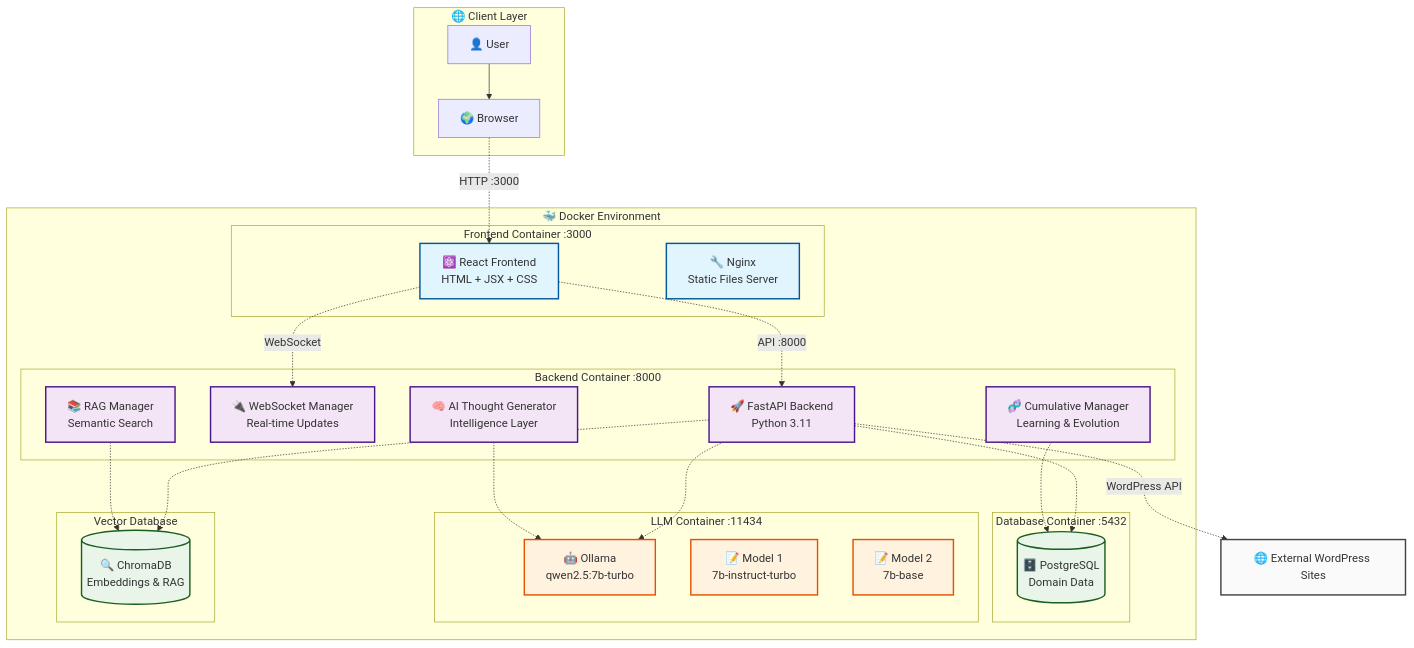
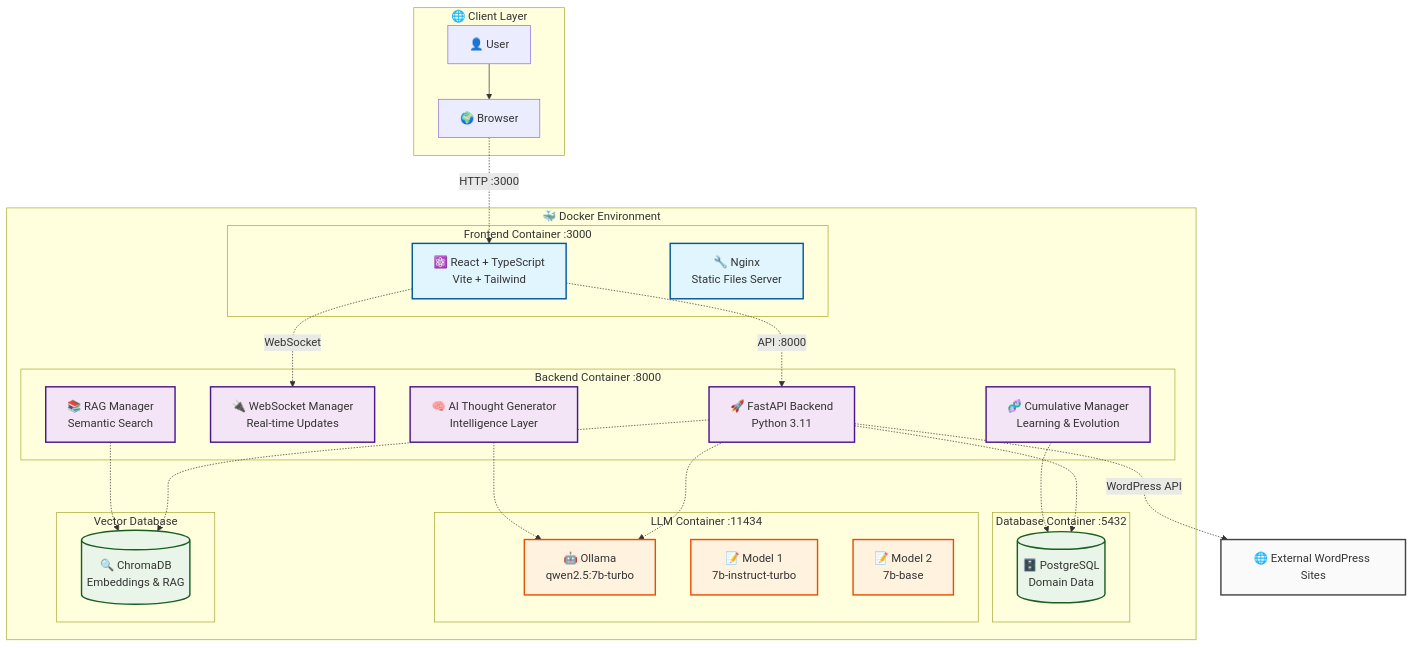
The diagram in README.md (i8megabit/blink), drawn with Mermaid before and after one commit. The commit also changed other lines of this file and 12 other files, not shown here.

````diff
--- a/README.md
+++ b/README.md
@@ -12,66 +34,66 @@
 ```mermaid
 graph TB
     subgraph "🌐 Client Layer"
         U[👤 User] 
         B[🌍 Browser]
     end
     
     subgraph "🐳 Docker Environment"
         subgraph "Frontend Container :3000"
-            F[⚛️ React Frontend<br/>HTML + JSX + CSS]
+            F[⚛️ React + TypeScript<br/>Vite + Tailwind]
             N[🔧 Nginx<br/>Static Files Server]
         end
         
         subgraph "Backend Container :8000"
             API[🚀 FastAPI Backend<br/>Python 3.11]
             WS[🔌 WebSocket Manager<br/>Real-time Updates]
             RAG[📚 RAG Manager<br/>Semantic Search]
             AI[🧠 AI Thought Generator<br/>Intelligence Layer]
             CUM[🧬 Cumulative Manager<br/>Learning & Evolution]
         end
         
         subgraph "Database Container :5432"
             PG[(🗄️ PostgreSQL<br/>Domain Data)]
         end
         
         subgraph "LLM Container :11434"
             OL[🤖 Ollama<br/>qwen2.5:7b-turbo]
             M1[📝 Model 1<br/>7b-instruct-turbo]
             M2[📝 Model 2<br/>7b-base]
         end
         
         subgraph "Vector Database"
             CHR[(🔍 ChromaDB<br/>Embeddings & RAG)]
         end
     end
     
     %% User interactions
     U --> B
     B -.->|HTTP :3000| F
     F -.->|API :8000| API
     F -.->|WebSocket| WS
     
     %% Internal connections
     API -.-> PG
     API -.-> CHR
     API -.-> OL
     RAG -.-> CHR
     AI -.-> OL
     CUM -.-> PG
     
     %% Data flow
     API -.->|WordPress API| EXT[🌐 External WordPress Sites]
     
     %% Styling
     classDef frontend fill:#e1f5fe,stroke:#01579b,stroke-width:2px
     classDef backend fill:#f3e5f5,stroke:#4a148c,stroke-width:2px  
     classDef database fill:#e8f5e8,stroke:#1b5e20,stroke-width:2px
     classDef llm fill:#fff3e0,stroke:#e65100,stroke-width:2px
     classDef external fill:#fafafa,stroke:#424242,stroke-width:2px
     
     class F,N frontend
     class API,WS,RAG,AI,CUM backend
     class PG,CHR database
     class OL,M1,M2 llm
     class EXT external
 ```
````
